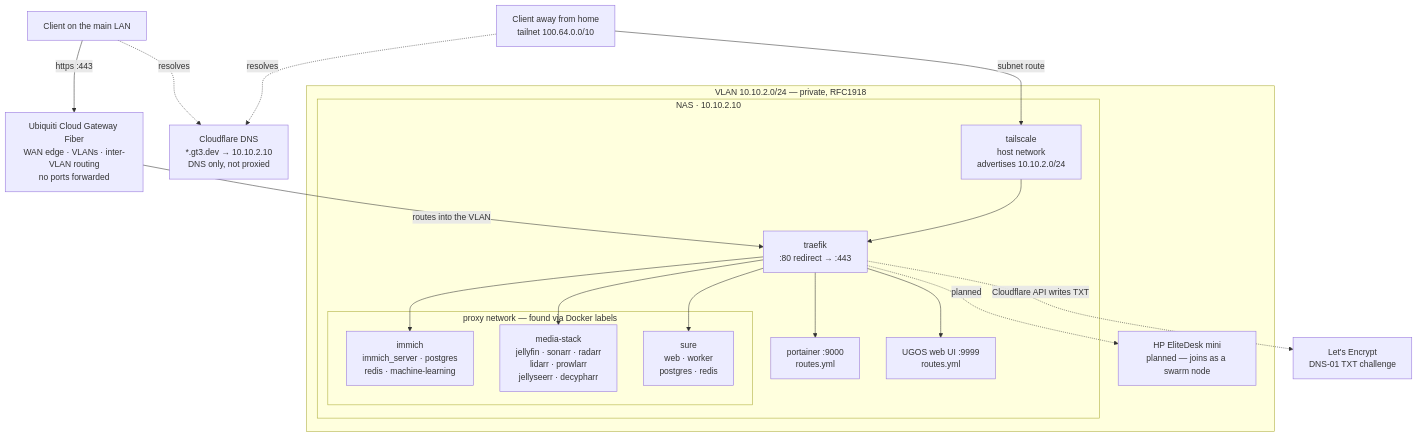
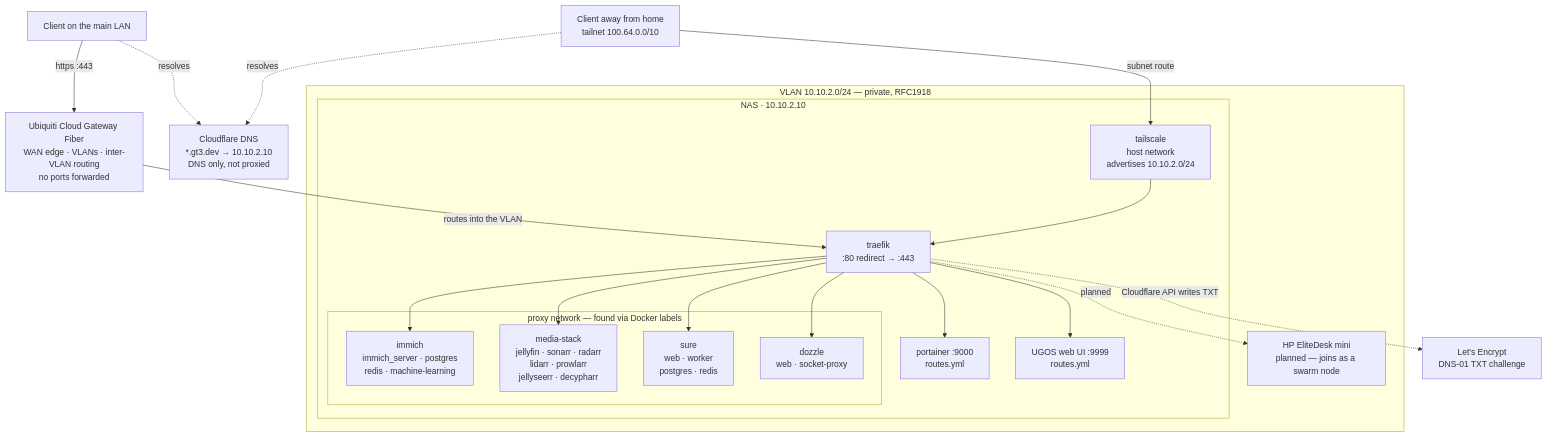
Before and after one commit to mhallo/homelab: the diagram in README.md, drawn with Mermaid. The commit also changed other lines of this file and 2 other files, not shown here.

Commit message:
update CLAUDE.md for better behavior, README updates, renovate configs

````diff
--- a/README.md
+++ b/README.md
@@ -39,43 +40,45 @@
 ```mermaid
 flowchart TB
     CF["Cloudflare DNS<br>*.gt3.dev → 10.10.2.10<br>DNS only, not proxied"]
     LE["Let's Encrypt<br>DNS-01 TXT challenge"]
 
     AWAY["Client away from home<br>tailnet 100.64.0.0/10"]
     HOME["Client on the main LAN"]
 
     UCG["Ubiquiti Cloud Gateway Fiber<br>WAN edge · VLANs · inter-VLAN routing<br>no ports forwarded"]
 
     HOME -. "resolves" .-> CF
     AWAY -. "resolves" .-> CF
     HOME -- "https :443" --> UCG
     UCG -- "routes into the VLAN" --> TRAEFIK
 
     subgraph VLAN["VLAN 10.10.2.0/24 — private, RFC1918"]
         subgraph NAS["NAS · 10.10.2.10"]
             TSC["tailscale<br>host network<br>advertises 10.10.2.0/24"]
             TRAEFIK["traefik<br>:80 redirect → :443"]
             PORT["portainer :9000<br>routes.yml"]
             UGOS["UGOS web UI :9999<br>routes.yml"]
 
             subgraph STACKS["proxy network — found via Docker labels"]
                 IMM["immich<br>immich_server · postgres<br>redis · machine-learning"]
                 MED["media-stack<br>jellyfin · sonarr · radarr<br>lidarr · prowlarr<br>jellyseerr · decypharr"]
                 SURE["sure<br>web · worker<br>postgres · redis"]
+                DOZ["dozzle<br>web · socket-proxy"]
             end
         end
 
         HP["HP EliteDesk mini<br>planned — joins as a swarm node"]
     end
 
     AWAY -- "subnet route" --> TSC
     TSC --> TRAEFIK
 
     TRAEFIK --> IMM
     TRAEFIK --> MED
     TRAEFIK --> SURE
+    TRAEFIK --> DOZ
     TRAEFIK --> PORT
     TRAEFIK --> UGOS
     TRAEFIK -. "planned" .-> HP
     TRAEFIK -. "Cloudflare API writes TXT" .-> LE
 ```
````
